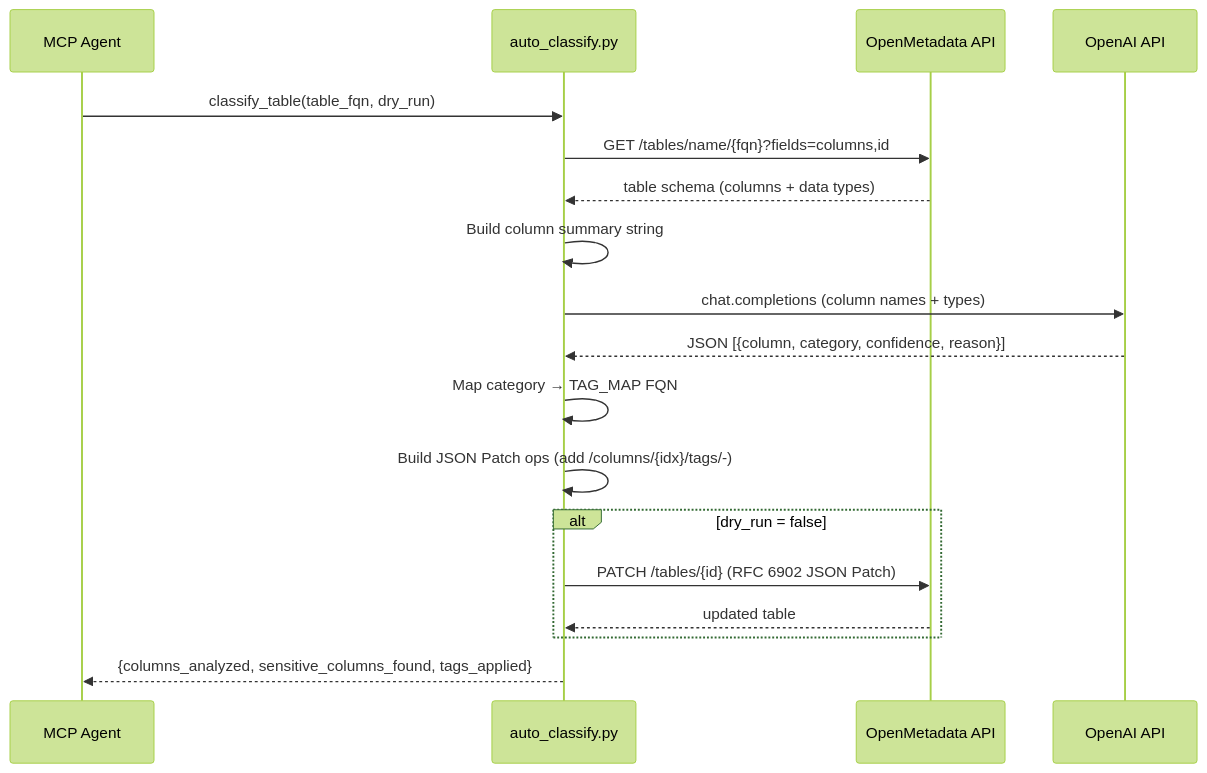
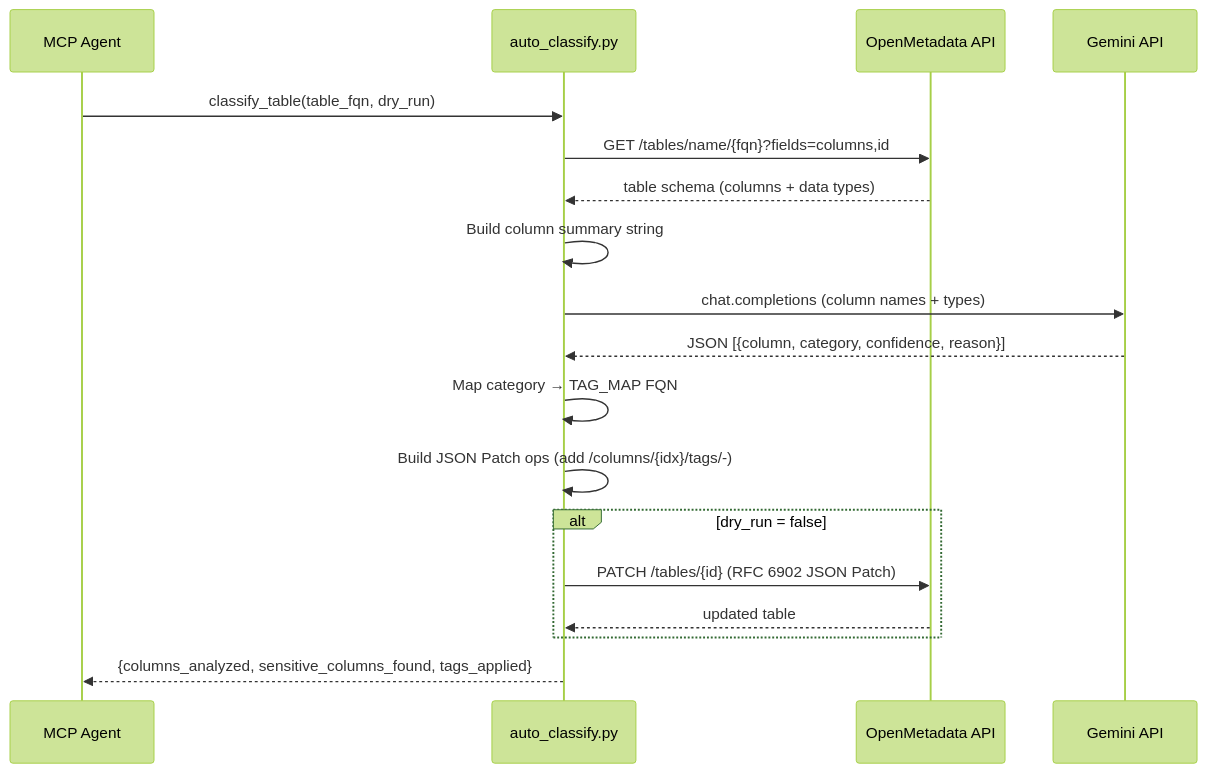
The fourth of 8 diagrams in dataguardian/README.md (rohanjain1648/METADATA_HACKATHON), drawn with Mermaid (forest theme) before and after one commit. The commit also changed other lines of this file and 1 other file, not shown here.

````diff
--- a/dataguardian/README.md
+++ b/dataguardian/README.md
@@ -234,21 +270,21 @@
 ```mermaid
 sequenceDiagram
     participant Agent as MCP Agent
     participant Tool as auto_classify.py
     participant OM as OpenMetadata API
-    participant LLM as OpenAI API
+    participant LLM as Gemini API
 
     Agent->>Tool: classify_table(table_fqn, dry_run)
     Tool->>OM: GET /tables/name/{fqn}?fields=columns,id
     OM-->>Tool: table schema (columns + data types)
     Tool->>Tool: Build column summary string
     Tool->>LLM: chat.completions (column names + types)
     LLM-->>Tool: JSON [{column, category, confidence, reason}]
     Tool->>Tool: Map category → TAG_MAP FQN
     Tool->>Tool: Build JSON Patch ops (add /columns/{idx}/tags/-)
     alt dry_run = false
         Tool->>OM: PATCH /tables/{id} (RFC 6902 JSON Patch)
         OM-->>Tool: updated table
     end
     Tool-->>Agent: {columns_analyzed, sensitive_columns_found, tags_applied}
 ```
````
